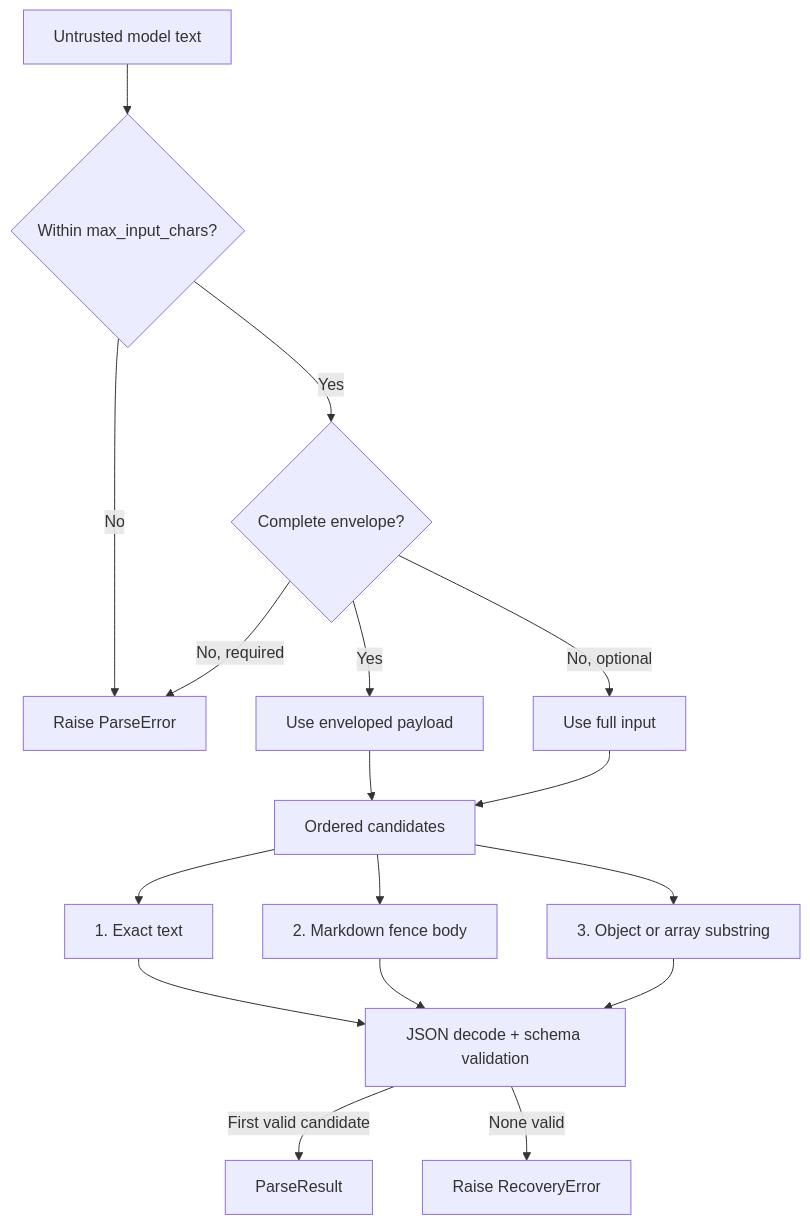
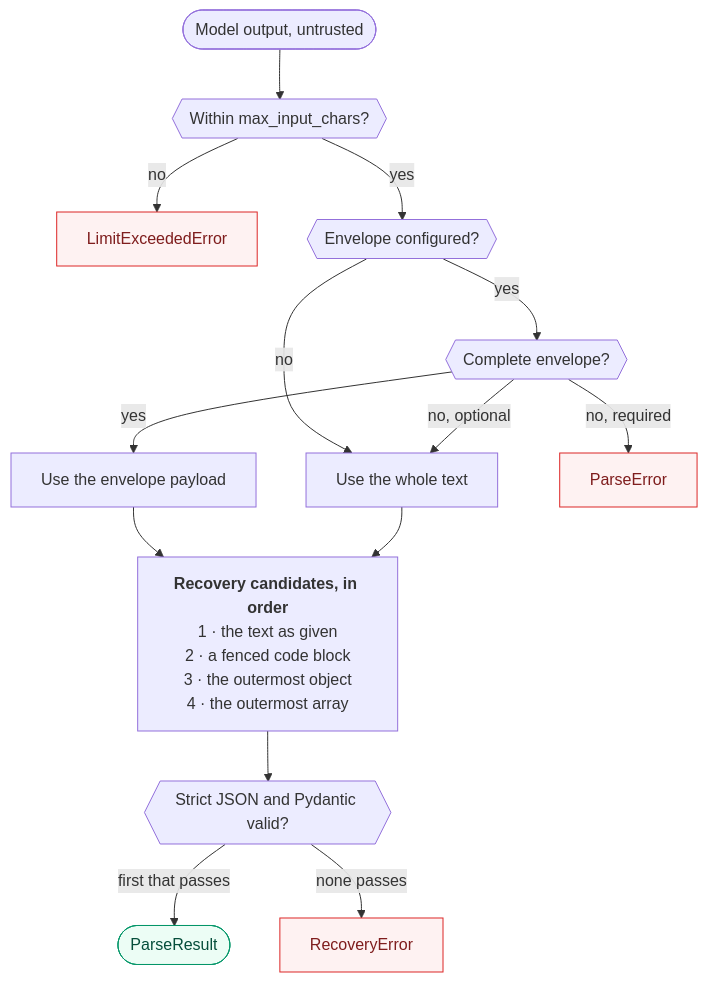
The diagram in diagrams/recovery-pipeline.mmd (smuniharish/xstructured), drawn with Mermaid before and after one commit. The commit also changed 187 other files, not shown here.

```diff
--- a/diagrams/recovery-pipeline.mmd
+++ b/diagrams/recovery-pipeline.mmd
@@ -1,17 +1,22 @@
-flowchart TD
-    Input["Untrusted model text"] --> Limit{"Within max_input_chars?"}
-    Limit -->|No| Reject["Raise ParseError"]
-    Limit -->|Yes| Envelope{"Complete envelope?"}
-    Envelope -->|Yes| Payload["Use enveloped payload"]
-    Envelope -->|No, optional| Original["Use full input"]
-    Envelope -->|No, required| Reject
-    Payload --> Candidates["Ordered candidates"]
-    Original --> Candidates
-    Candidates --> Exact["1. Exact text"]
-    Candidates --> Fence["2. Markdown fence body"]
-    Candidates --> Surround["3. Object or array substring"]
-    Exact --> Validate["JSON decode + schema validation"]
-    Fence --> Validate
-    Surround --> Validate
-    Validate -->|First valid candidate| Result["ParseResult"]
-    Validate -->|None valid| RecoveryError["Raise RecoveryError"]
+flowchart TB
+    input(["Model output, untrusted"]) --> size{{"Within max_input_chars?"}}
+    size -->|no| limit["LimitExceededError"]
+    size -->|yes| configured{{"Envelope configured?"}}
+    configured -->|no| whole["Use the whole text"]
+    configured -->|yes| complete{{"Complete envelope?"}}
+    complete -->|yes| payload["Use the envelope payload"]
+    complete -->|"no, optional"| whole
+    complete -->|"no, required"| missing["ParseError"]
+    payload & whole --> candidates["`**Recovery candidates, in order**
+    1 · the text as given
+    2 · a fenced code block
+    3 · the outermost object
+    4 · the outermost array`"]
+    candidates --> valid{{"Strict JSON and Pydantic valid?"}}
+    valid -->|"first that passes"| ok(["ParseResult"])
+    valid -->|"none passes"| failed["RecoveryError"]
+
+    classDef error fill:#FEF2F2,stroke:#DC2626,color:#7F1D1D
+    classDef success fill:#ECFDF5,stroke:#059669,color:#064E3B
+    class limit,missing,failed error
+    class ok success
```
